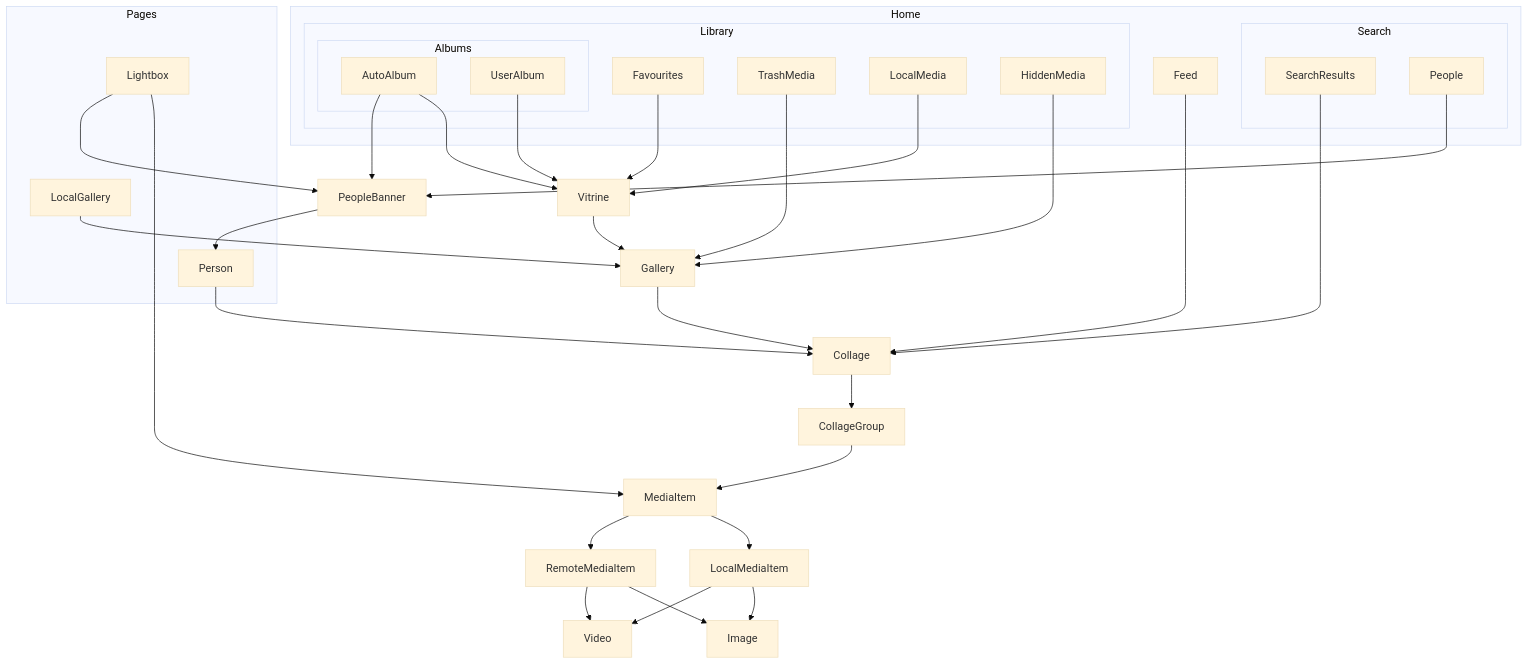
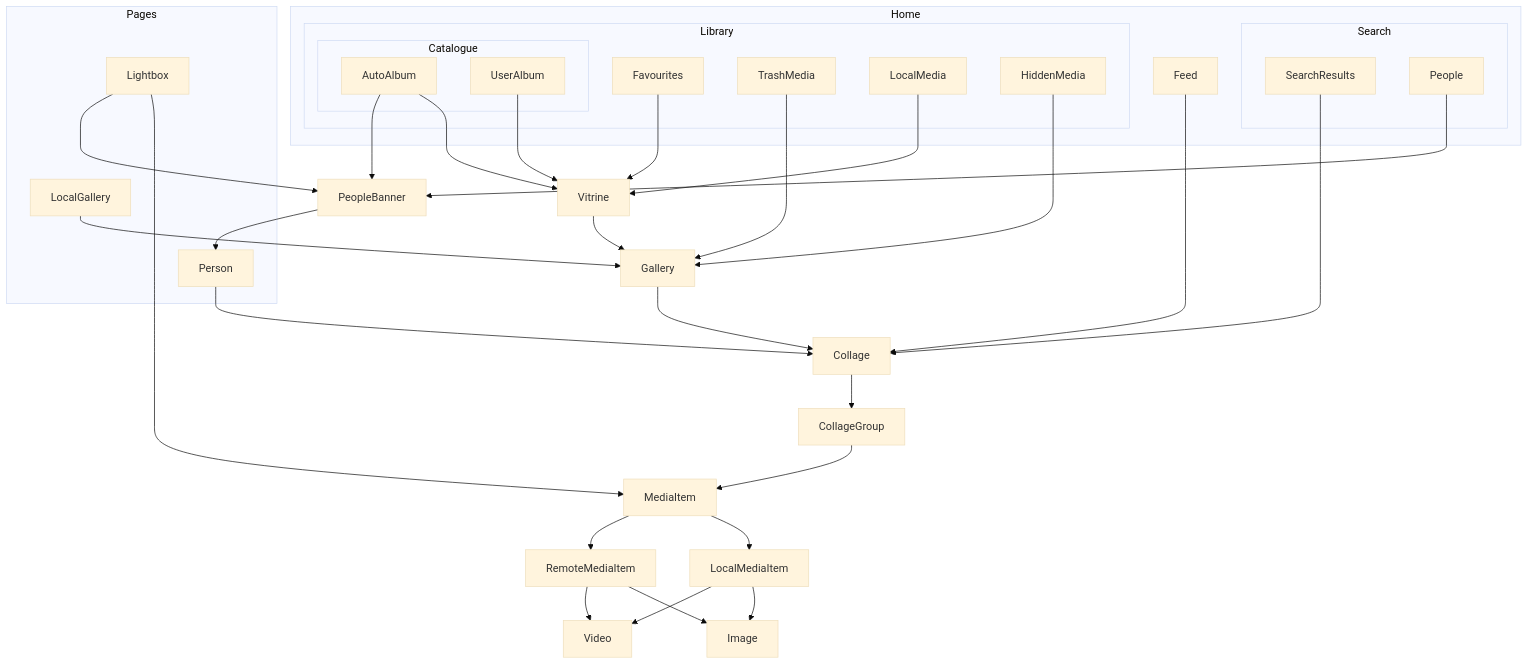
One commit to savvasdalkitsis/uhuruphotos-android changed the diagram in domain-model.md. Above: the diagram before and after it, drawn with Mermaid (base theme). The commit also changed 71 other files, not shown here.

````diff
--- a/domain-model.md
+++ b/domain-model.md
@@ -5,59 +5,59 @@
 ```mermaid 
 graph TD;
 
     Gallery-->Collage
     Collage-->CollageGroup
     CollageGroup-->MediaItem
     Lightbox-->MediaItem
     MediaItem-->LocalMediaItem
     MediaItem-->RemoteMediaItem
     LocalMediaItem-->Image
     LocalMediaItem-->Video
     RemoteMediaItem-->Image
     RemoteMediaItem-->Video
     AutoAlbum-->Vitrine
     UserAlbum-->Vitrine
     Favourites-->Vitrine
     Vitrine-->Gallery
     TrashMedia-->Gallery
     LocalMedia-->Vitrine
     LocalGallery-->Gallery
     HiddenMedia-->Gallery
     Person-->Collage
     SearchResults-->Collage
     Feed-->Collage
     People-->PeopleBanner
     PeopleBanner-->Person
     Lightbox-->PeopleBanner
     AutoAlbum-->PeopleBanner
 
     subgraph Pages
         Person
         LocalGallery
         Lightbox
     end
 
     subgraph Search
         SearchResults
         People
     end
 
-    subgraph Albums
+    subgraph Catalogue
         AutoAlbum
         UserAlbum
     end
 
     subgraph Library
         TrashMedia
         HiddenMedia
-        Albums
+        Catalogue
         Favourites
         LocalMedia
     end
 
     subgraph Home
         Feed
         Search
         Library
     end
 ```
````
